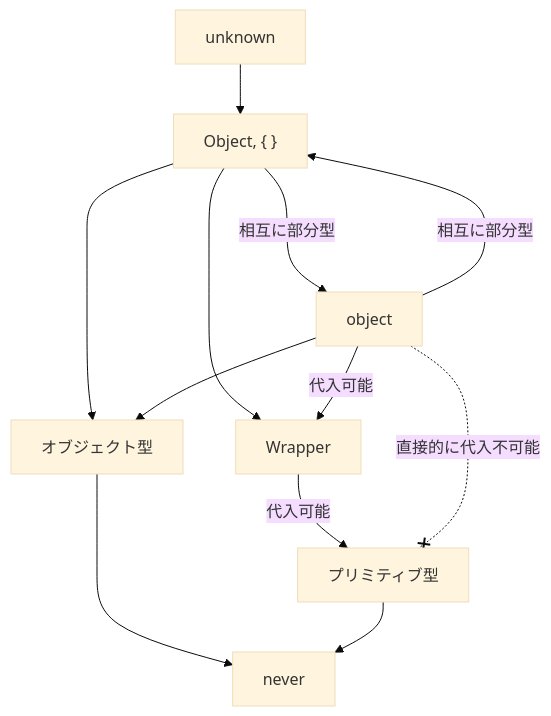
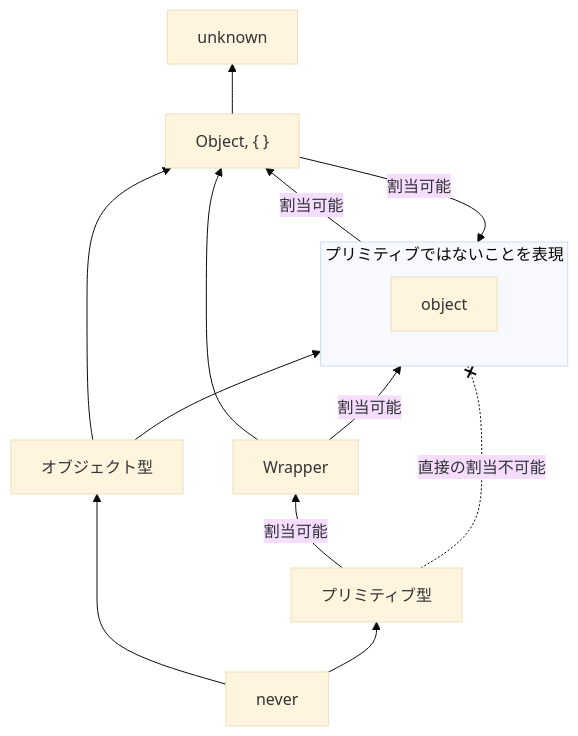
The eighth of 10 diagrams in articles/typescript-type-set-hierarchy.md (yo-goto/zenn-public-repo), drawn with Mermaid (base theme) before and after one commit. The commit also changed other lines of this file, not shown here.

Commit message:
🐛 fix(article): object型についての割当可能性の図を修正

````diff
--- a/articles/typescript-type-set-hierarchy.md
+++ b/articles/typescript-type-set-hierarchy.md
@@ -898,19 +898,21 @@
 ```mermaid
-graph TD
+graph BT
   U[unknown]
   N[never]
   O["Object, { }"]
   obj[object]
   W[Wrapper]
   P[プリミティブ型]
-  objs[オブジェクト型]
-  U --> O
-  O -->|相互に部分型| obj
-  O --> objs
-  O ----> W
-  obj -->|代入可能| W
-  obj --> objs --> N
-  obj --->|相互に部分型| O
-  W -->|代入可能| P --> N
-  obj -.-x |直接的に代入不可能| P
+  OBJS[オブジェクト型]
+  N --> OBJS --> O --> U
+  N --> P -->|割当可能| W --> O
+  W -->|割当可能| obj
+  OBJS --> obj
+  P -.-x|直接の割当不可能| obj
+  O -->|割当可能| obj
+  obj -->|割当可能| O
+  subgraph A["プリミティブではないことを表現"]
+  direction LR
+  obj
+  end
 ```
````
